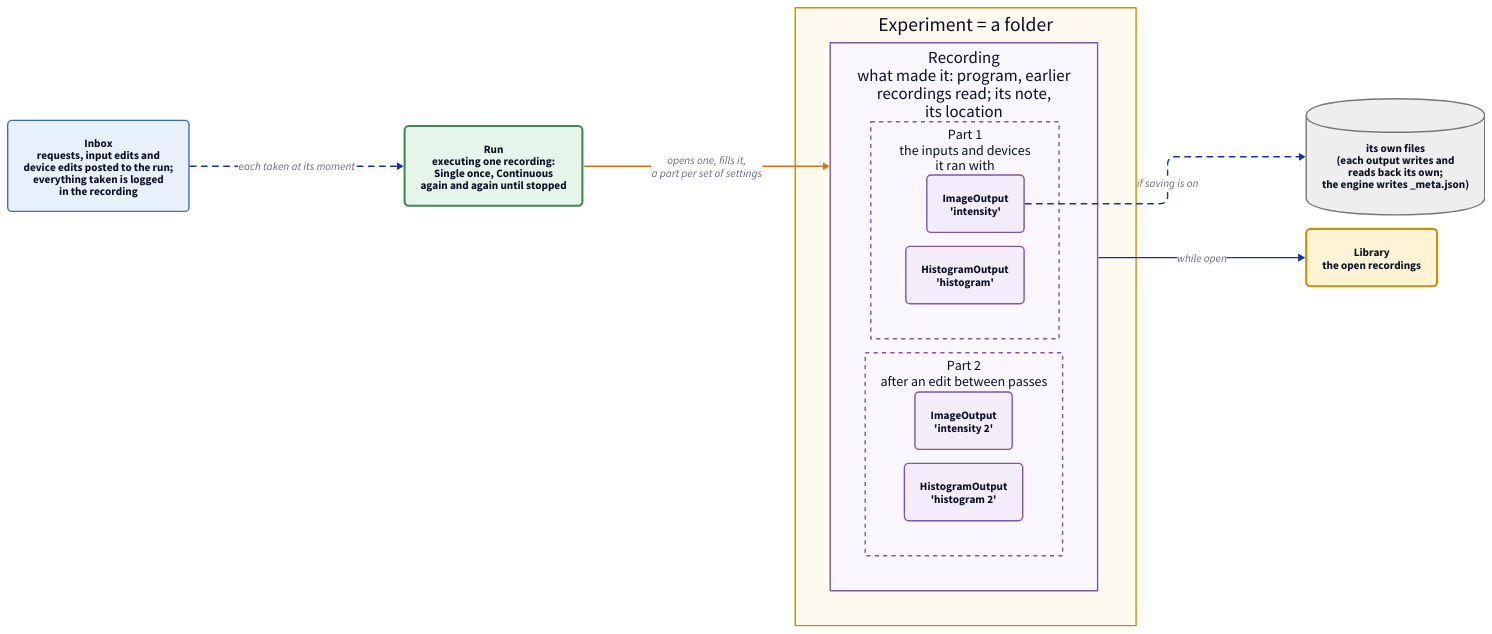
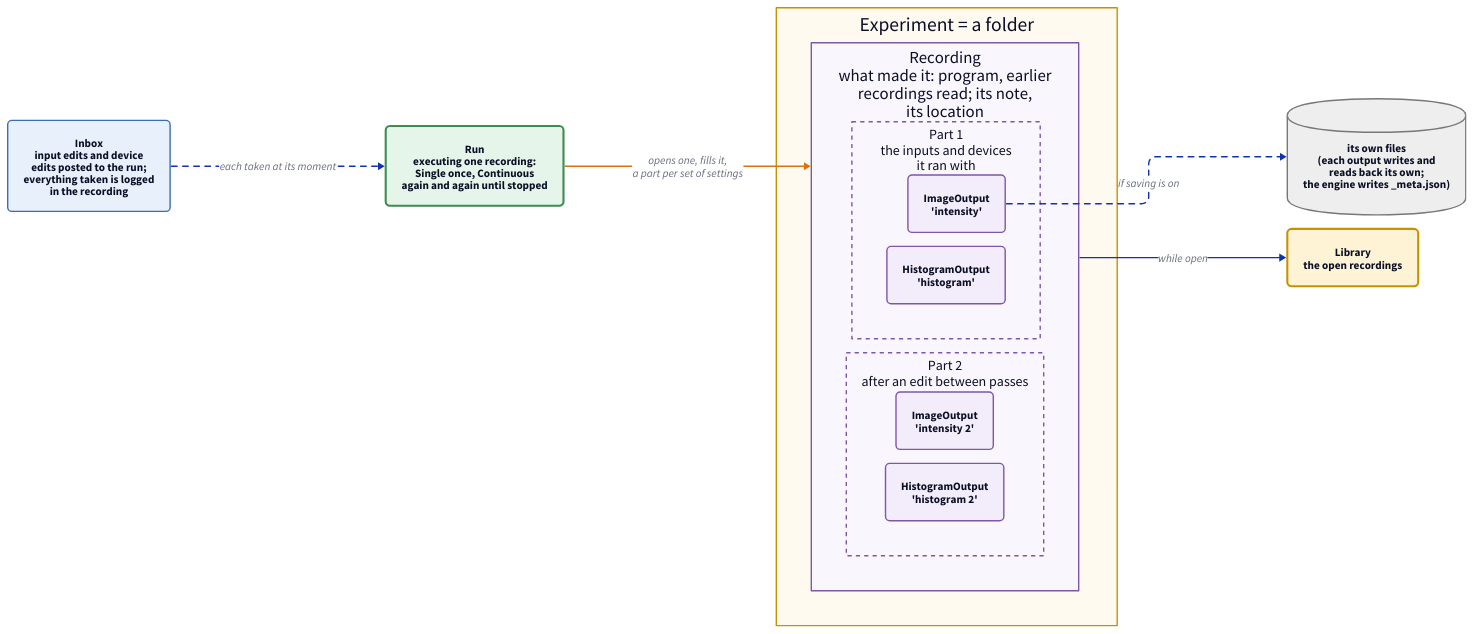
Before and after one commit to FishyIshyFishy/pyrpoc: the diagram in docs/diagrams/nouns.d2, drawn with D2. The commit also changed 45 other files, not shown here.

```diff
--- a/docs/diagrams/nouns.d2
+++ b/docs/diagrams/nouns.d2
@@ -1,44 +1,44 @@
 # Board 2 of 2: the nouns. Left: one run. Middle: what is made of what. Right: where it lives.
 vars: {d2-config: {layout-engine: elk}}
 direction: right
 
 classes: {
   data: {style: {fill: "#f3ecfa"; stroke: "#7e57a8"; border-radius: 6}}
   part: {style: {fill: "#faf6fd"; stroke: "#7e57a8"; stroke-dash: 3}}
   run: {style: {fill: "#e6f5e9"; stroke: "#3c8d4f"; stroke-width: 3; border-radius: 6}}
   coll: {style: {fill: "#fff3d6"; stroke: "#c79200"; stroke-width: 3; border-radius: 6}}
   inbox: {style: {fill: "#e8f0fb"; stroke: "#3b6db3"; stroke-width: 2; border-radius: 6}}
   disk: {shape: cylinder; style: {fill: "#eeeeee"; stroke: "#777777"}}
 }
 
 run: "Run\nexecuting one recording:\nSingle once, Continuous\nagain and again until stopped" {class: run}
 
 folder: "Experiment = a folder" {
   style: {fill: "#fffaf0"; stroke: "#c79200"}
 
   recording: "Recording\nwhat made it: program, earlier\nrecordings read; its note,\nits location" {
     style: {fill: "#faf6fd"; stroke: "#7e57a8"}
 
     part1: "Part 1\nthe inputs and devices\nit ran with" {
       class: part
       intensity: "ImageOutput\n'intensity'" {class: data}
       histogram: "HistogramOutput\n'histogram'" {class: data}
     }
     part2: "Part 2\nafter an edit between passes" {
       class: part
       intensity2: "ImageOutput\n'intensity 2'" {class: data}
       histogram2: "HistogramOutput\n'histogram 2'" {class: data}
     }
   }
 }
 
 run -> folder.recording: "opens one, fills it,\na part per set of settings" {style.stroke: "#d9730d"}
 
 library: "Library\nthe open recordings" {class: coll}
 files: "its own files\n(each output writes and\nreads back its own;\nthe engine writes _meta.json)" {class: disk}
 
 folder.recording -> library: "while open"
 folder.recording.part1.intensity -> files: "if saving is on" {style.stroke-dash: 4}
 
-inbox: "Inbox\nrequests, input edits and\ndevice edits posted to the run;\neverything taken is logged\nin the recording" {class: inbox}
+inbox: "Inbox\ninput edits and device\nedits posted to the run;\neverything taken is logged\nin the recording" {class: inbox}
 inbox -> run: "each taken at its moment" {style.stroke-dash: 4}
```
